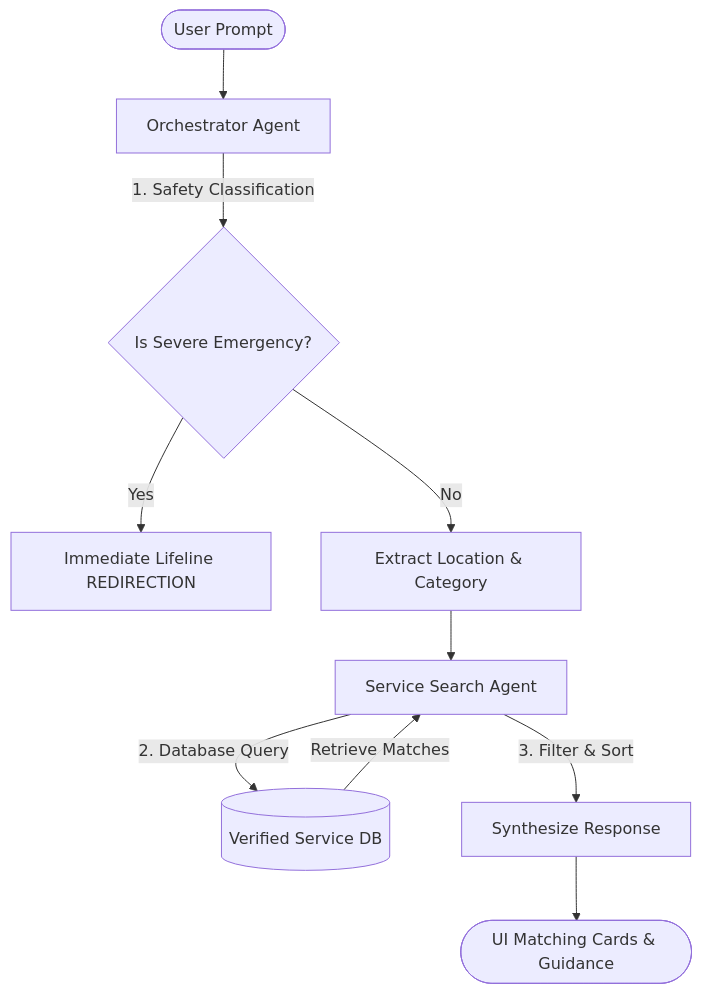
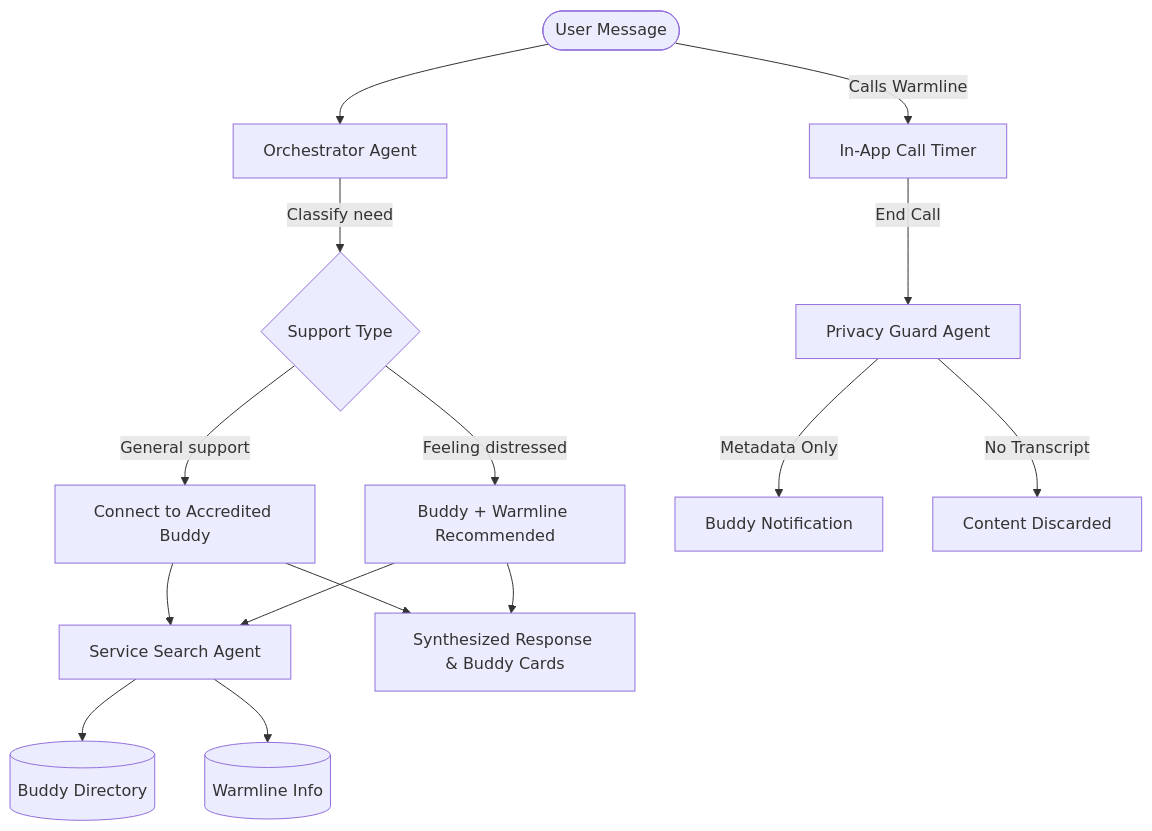
The diagram in README.md (genidma/kaggle-google-CAPSTONE-june-2026), drawn with Mermaid before and after one commit. The commit also changed other lines of this file and 1 other file, not shown here.

Commit message:
change of ideas and plans. switching to an idea that pairs accredited buddies with folks who need support. this will help build on-going rapport and many other benefits vs having to trust a new person each time.

````diff
--- a/README.md
+++ b/README.md
@@ -13,12 +24,22 @@
 ```mermaid
 graph TD
-    User([User Prompt]) --> Orchestrator[Orchestrator Agent]
-    Orchestrator -->|1. Safety Classification| Safety{Is Severe Emergency?}
-    Safety -->|Yes| EmergencyResponse[Immediate Lifeline REDIRECTION]
-    Safety -->|No| Extraction[Extract Location & Category]
-    Extraction --> SearchAgent[Service Search Agent]
-    SearchAgent -->|2. Database Query| Database[(Verified Service DB)]
-    Database -->|Retrieve Matches| SearchAgent
-    SearchAgent -->|3. Filter & Sort| Synthesis[Synthesize Response]
-    Synthesis --> Output([UI Matching Cards & Guidance])
+    User([User Message]) --> Orchestrator[Orchestrator Agent]
+
+    Orchestrator -->|Classify need| Analysis{Support Type}
+    Analysis -->|General support| Buddy[Connect to Accredited Buddy]
+    Analysis -->|Feeling distressed| Both[Buddy + Warmline Recommended]
+
+    Buddy --> Search[Service Search Agent]
+    Both  --> Search
+
+    Search --> BuddyDB[(Buddy Directory)]
+    Search --> CrisisDB[(Warmline Info)]
+
+    Buddy  --> Response[Synthesized Response & Buddy Cards]
+    Both   --> Response
+
+    User -->|Calls Warmline| CallTimer[In-App Call Timer]
+    CallTimer -->|End Call| PrivacyGuard[Privacy Guard Agent]
+    PrivacyGuard -->|Metadata Only| BuddyNotif[Buddy Notification]
+    PrivacyGuard -->|No Transcript| NullStore[Content Discarded]
 ```
````
